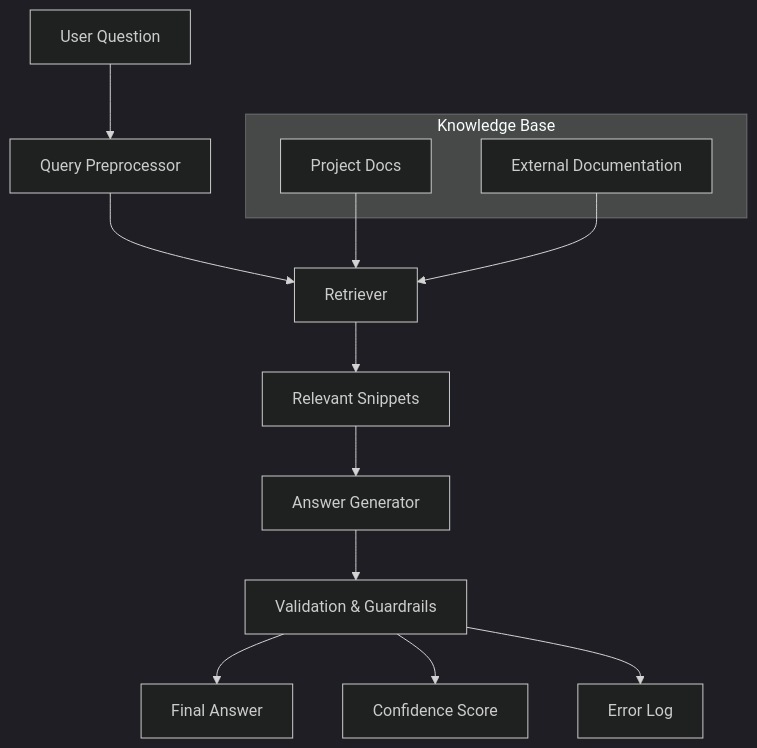
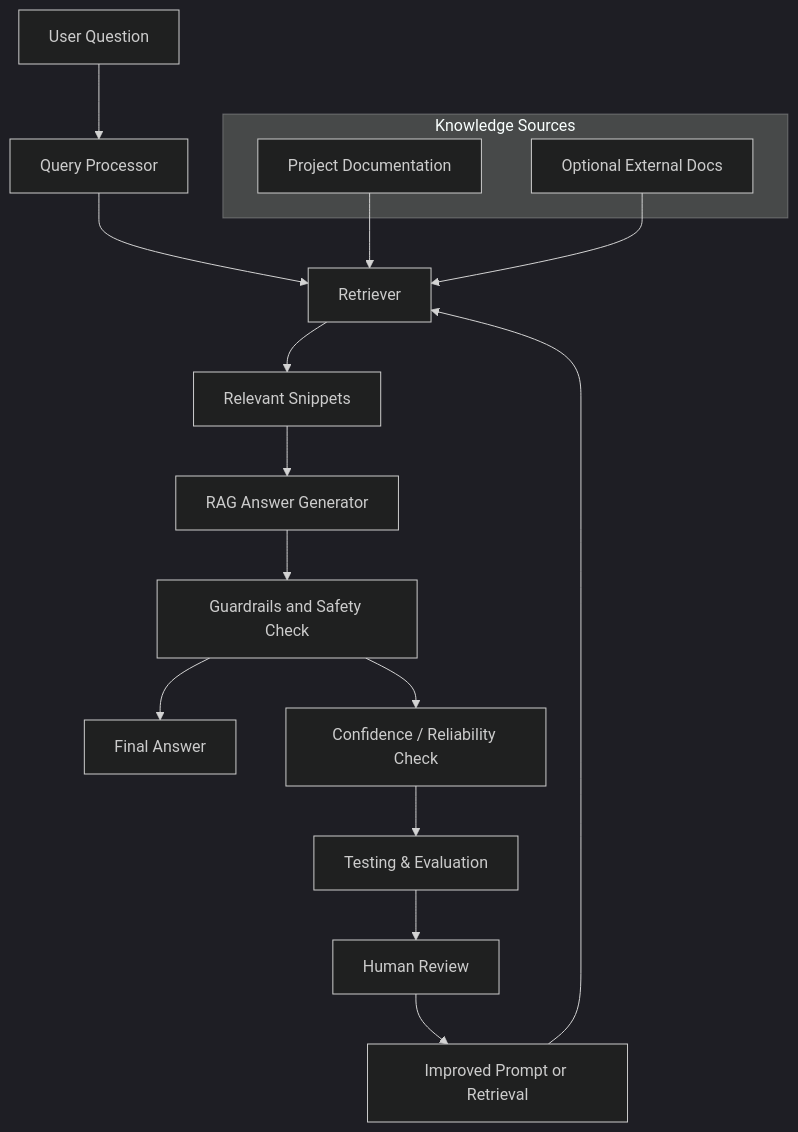
One commit to AmenaFoshanji/applied-ai-system-final changed the diagram in diagrams/architecture.mmd. Above: the diagram before and after it, drawn with Mermaid (dark theme).

Commit message:
Update system architecture diagram

```diff
--- a/diagrams/architecture.mmd
+++ b/diagrams/architecture.mmd
@@ -1,18 +1,21 @@
 flowchart TD
-    A[User Question] --> B[Query Preprocessor]
+    A[User Question] --> B[Query Processor]
     B --> C[Retriever]
     C --> D[Relevant Snippets]
-    D --> E[Answer Generator]
-    E --> F[Validation & Guardrails]
+    D --> E[RAG Answer Generator]
+    E --> F[Guardrails and Safety Check]
     F --> G[Final Answer]
 
-    subgraph Knowledge Base
-        H[Project Docs]
-        I[External Documentation]
+    subgraph Knowledge Sources
+        H[Project Documentation]
+        I[Optional External Docs]
     end
 
     H --> C
     I --> C
 
-    F --> J[Confidence Score]
-    F --> K[Error Log]
+    F --> J[Confidence / Reliability Check]
+    J --> K[Testing & Evaluation]
+    K --> L[Human Review]
+    L --> M[Improved Prompt or Retrieval]
+    M --> C
```
